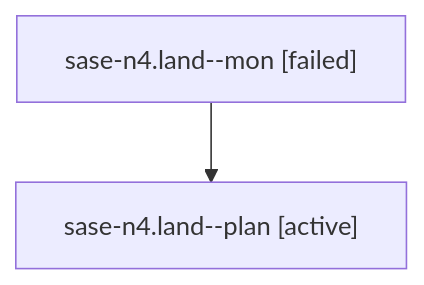
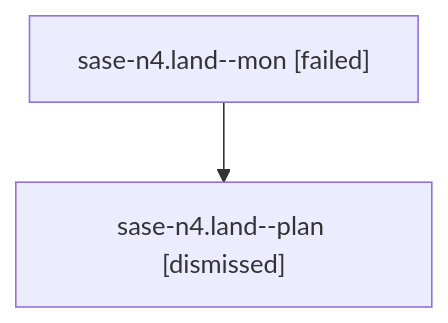
The diagram in sessions/bbugyi200.athena.sase-n4.land.md (sase-org/sase--agents), drawn with Mermaid before and after one commit. The commit also changed other lines of this file and 128 other files, not shown here.

````diff
--- a/sessions/bbugyi200.athena.sase-n4.land.md
+++ b/sessions/bbugyi200.athena.sase-n4.land.md
@@ -9,6 +9,6 @@
 ```mermaid
 flowchart TD
   n0["sase-n4.land--mon [failed]"]
-  n1["sase-n4.land--plan [active]"]
+  n1["sase-n4.land--plan [dismissed]"]
   n0 --> n1
 ```
````
